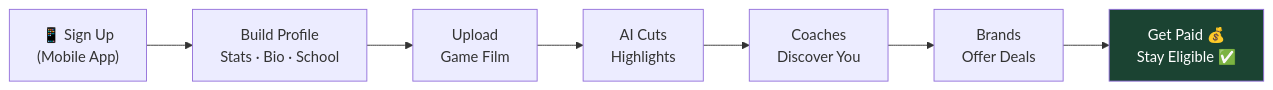
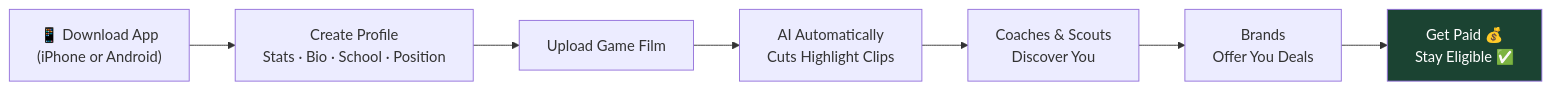
One commit to huttonbenj/The-Prowler changed the second of 13 diagrams in STRATEGY.md. Above: the diagram before and after it, drawn with Mermaid. The commit also changed other lines of this file and 1 other file, not shown here.

````diff
--- a/STRATEGY.md
+++ b/STRATEGY.md
@@ -76,11 +81,11 @@
 ```mermaid
 flowchart LR
-    A["📱 Sign Up<br/>(Mobile App)"] --> B["Build Profile<br/>Stats · Bio · School"]
-    B --> C["Upload<br/>Game Film"]
-    C --> D["AI Cuts<br/>Highlights"]
-    D --> E["Coaches<br/>Discover You"]
-    E --> F["Brands<br/>Offer Deals"]
+    A["📱 Download App<br/>(iPhone or Android)"] --> B["Create Profile<br/>Stats · Bio · School · Position"]
+    B --> C["Upload Game Film"]
+    C --> D["AI Automatically<br/>Cuts Highlight Clips"]
+    D --> E["Coaches & Scouts<br/>Discover You"]
+    E --> F["Brands<br/>Offer You Deals"]
     F --> G["Get Paid 💰<br/>Stay Eligible ✅"]
 
     style G fill:#1b4332,color:#fff
 ```
````
